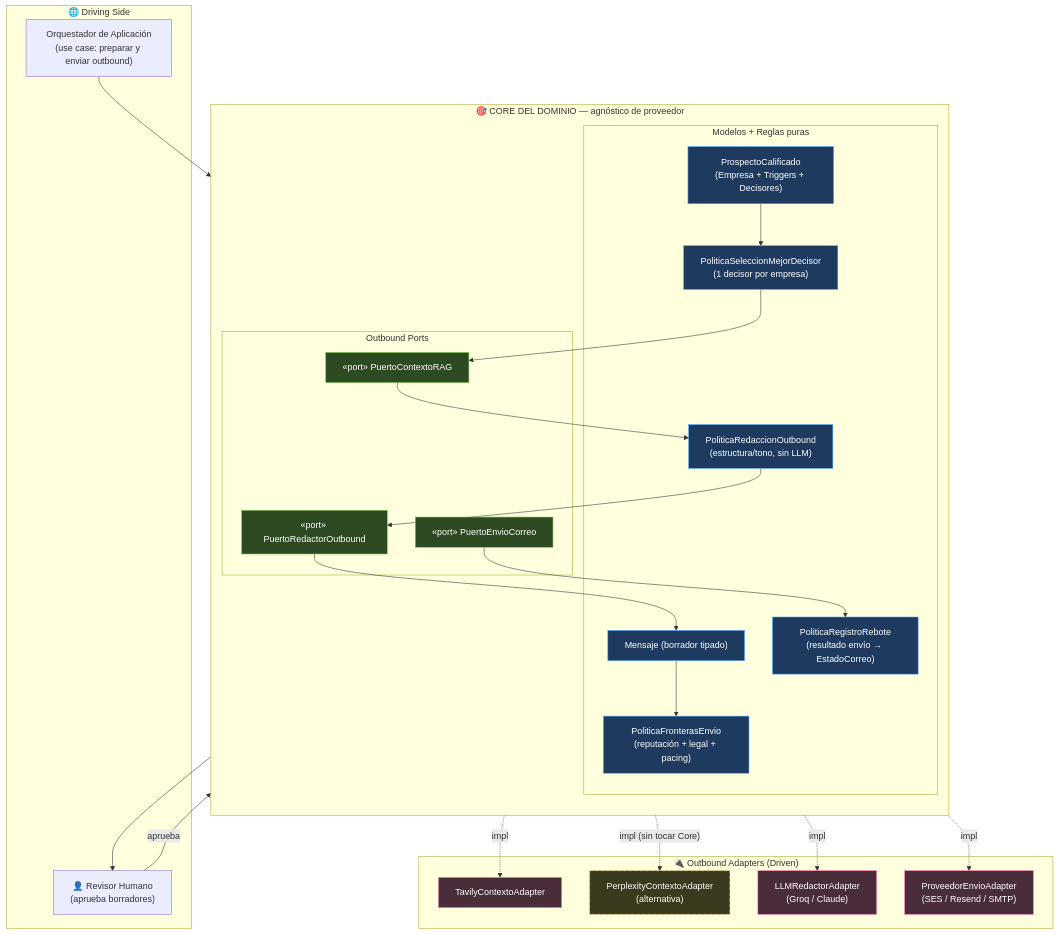
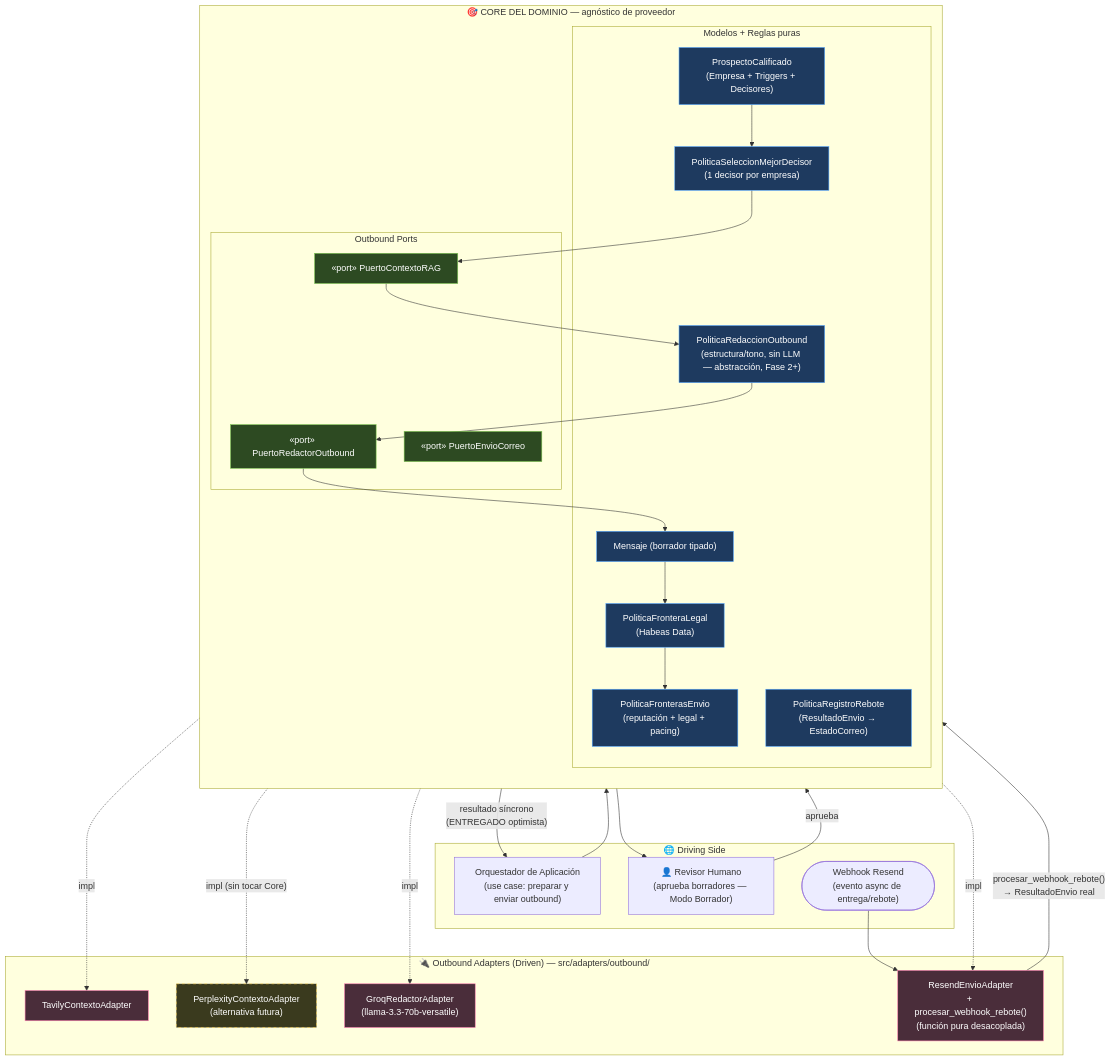
Before and after one commit to yeisonestiv109/estudio_skills_ia_claude: the first of 2 diagrams in 10-Memoria_Consolidada/tecnico/prospector-m4-design.md, drawn with Mermaid. The commit also changed other lines of this file and 32 other files, not shown here.

````diff
--- a/10-Memoria_Consolidada/tecnico/prospector-m4-design.md
+++ b/10-Memoria_Consolidada/tecnico/prospector-m4-design.md
@@ -66,52 +71,58 @@
 ```mermaid
 graph TB
     subgraph EXT_IN["🌐 Driving Side"]
         ORQ["Orquestador de Aplicación<br/>(use case: preparar y enviar outbound)"]
-        HITL["👤 Revisor Humano<br/>(aprueba borradores)"]
+        HITL["👤 Revisor Humano<br/>(aprueba borradores — Modo Borrador)"]
+        WEBHOOK_IN(["Webhook Resend<br/>(evento async de entrega/rebote)"])
     end
 
     subgraph CORE["🎯 CORE DEL DOMINIO — agnóstico de proveedor"]
         direction TB
         subgraph DOMAIN["Modelos + Reglas puras"]
             IN["ProspectoCalificado<br/>(Empresa + Triggers + Decisores)"]
             SEL["PoliticaSeleccionMejorDecisor<br/>(1 decisor por empresa)"]
             MSG["Mensaje (borrador tipado)"]
-            RED["PoliticaRedaccionOutbound<br/>(estructura/tono, sin LLM)"]
+            RED["PoliticaRedaccionOutbound<br/>(estructura/tono, sin LLM — abstracción, Fase 2+)"]
             FRA["PoliticaFronterasEnvio<br/>(reputación + legal + pacing)"]
-            FEED["PoliticaRegistroRebote<br/>(resultado envío → EstadoCorreo)"]
+            FLEG["PoliticaFronteraLegal<br/>(Habeas Data)"]
+            FEED["PoliticaRegistroRebote<br/>(ResultadoEnvio → EstadoCorreo)"]
         end
         subgraph OUTPORTS["Outbound Ports"]
             RAGP["«port» PuertoContextoRAG"]
             REDP["«port» PuertoRedactorOutbound"]
             SNDP["«port» PuertoEnvioCorreo"]
         end
     end
 
-    subgraph OUTADAPT["🔌 Outbound Adapters (Driven)"]
+    subgraph OUTADAPT["🔌 Outbound Adapters (Driven) — src/adapters/outbound/"]
         TAV["TavilyContextoAdapter"]
-        PERP["PerplexityContextoAdapter<br/>(alternativa)"]
-        LLMR["LLMRedactorAdapter<br/>(Groq / Claude)"]
-        SEND["ProveedorEnvioAdapter<br/>(SES / Resend / SMTP)"]
+        PERP["PerplexityContextoAdapter<br/>(alternativa futura)"]
+        GROQ["GroqRedactorAdapter<br/>(llama-3.3-70b-versatile)"]
+        RESEND["ResendEnvioAdapter<br/>+ procesar_webhook_rebote()<br/>(función pura desacoplada)"]
     end
 
     ORQ --> IN --> SEL --> RAGP
     RAGP --> RED --> REDP --> MSG
-    MSG --> FRA
+    MSG --> FLEG
+    FLEG --> FRA
     FRA --> HITL
     HITL -->|aprueba| SNDP
-    SNDP --> FEED
+    SNDP -->|"resultado síncrono<br/>(ENTREGADO optimista)"| ORQ
+
+    WEBHOOK_IN --> RESEND
+    RESEND -->|"procesar_webhook_rebote()<br/>→ ResultadoEnvio real"| FEED
 
     RAGP -.impl.-> TAV
     RAGP -. impl (sin tocar Core) .-> PERP
-    REDP -.impl.-> LLMR
-    SNDP -.impl.-> SEND
+    REDP -.impl.-> GROQ
+    SNDP -.impl.-> RESEND
 
     classDef core fill:#1e3a5f,stroke:#4fa3ff,color:#fff
     classDef port fill:#2d4a22,stroke:#7ec850,color:#fff
     classDef adapter fill:#4a2d3a,stroke:#ff7eb0,color:#fff
     classDef future fill:#3a3a1e,stroke:#ffd24f,color:#fff,stroke-dasharray: 5 5
-    class IN,SEL,MSG,RED,FRA,FEED core
+    class IN,SEL,MSG,RED,FRA,FLEG,FEED core
     class RAGP,REDP,SNDP port
-    class TAV,LLMR,SEND adapter
+    class TAV,GROQ,RESEND adapter
     class PERP future
 ```
````
